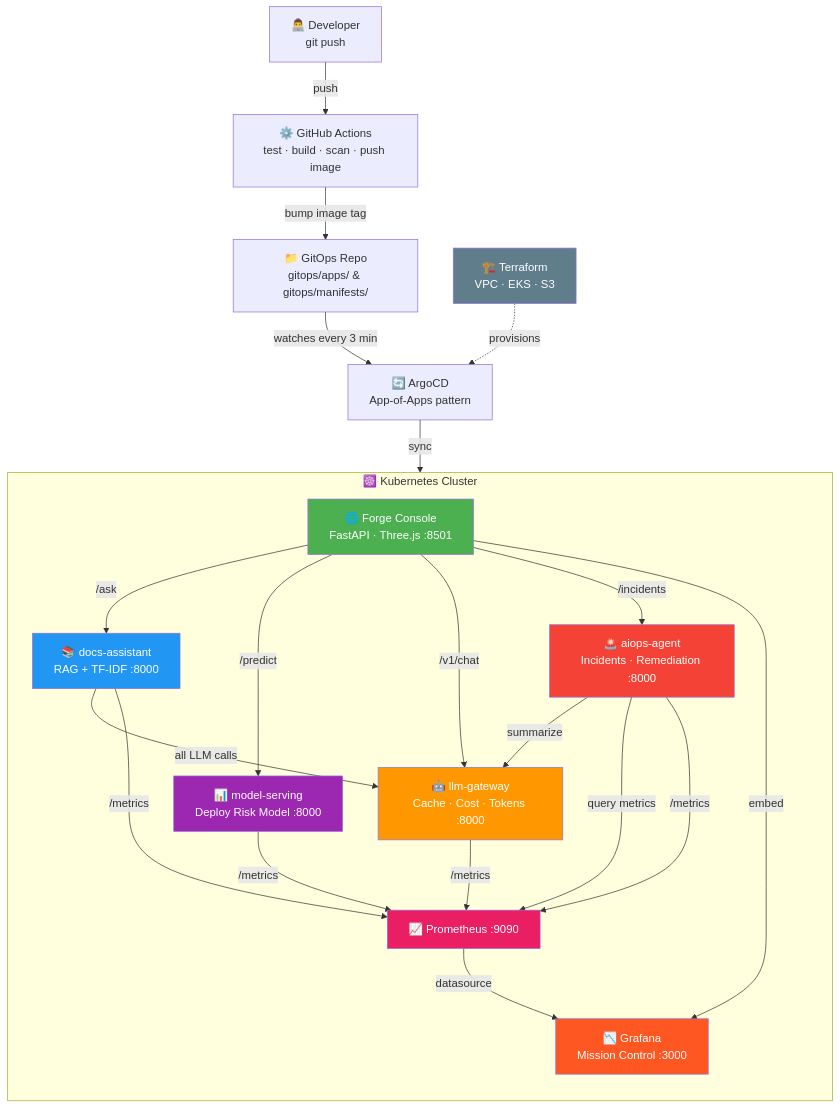
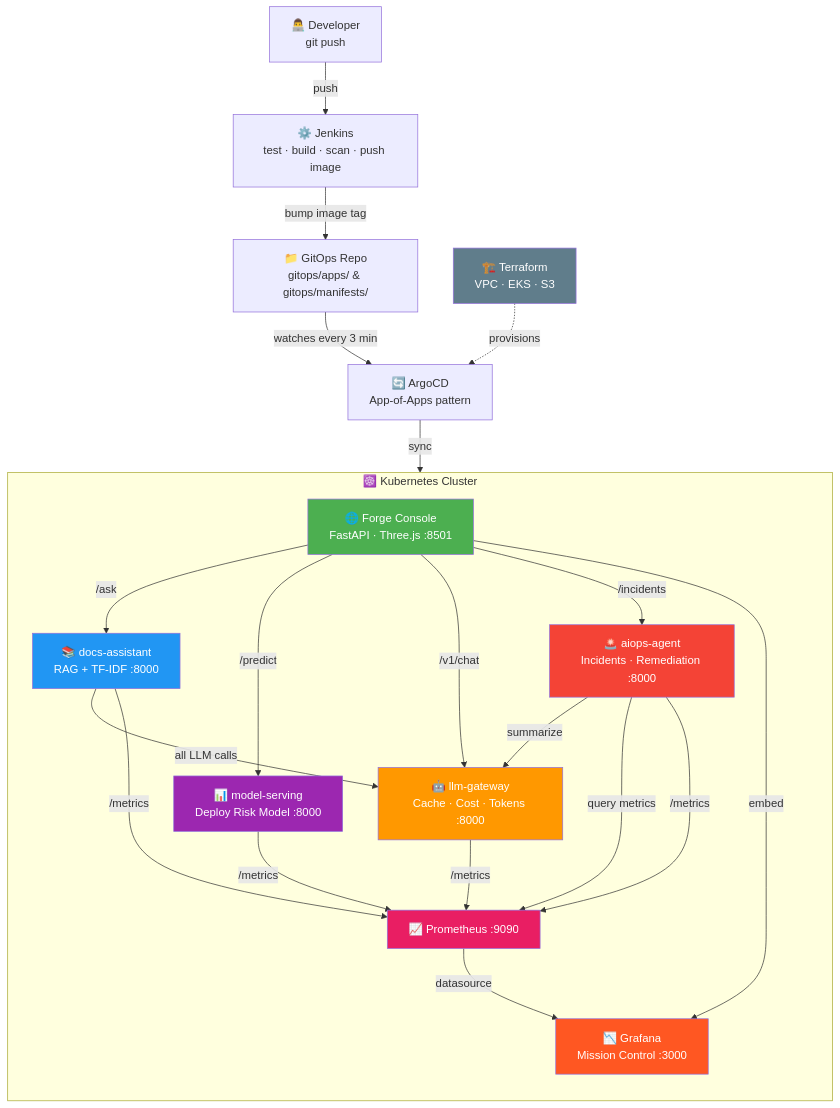
The diagram in README.md (Ayush-Singh986/AI-Powered-Internal-Developer-Platform), drawn with Mermaid before and after one commit. The commit also changed other lines of this file and 2 other files, not shown here.

Commit message:
ci: replace GitHub Actions with Jenkins pipeline

````diff
--- a/README.md
+++ b/README.md
@@ -73,45 +72,45 @@
 ```mermaid
 flowchart TD
     Dev["👨‍💻 Developer\ngit push"]
-    CI["⚙️ GitHub Actions\ntest · build · scan · push image"]
+    CI["⚙️ Jenkins\ntest · build · scan · push image"]
     Repo["📁 GitOps Repo\ngitops/apps/ & gitops/manifests/"]
     Argo["🔄 ArgoCD\nApp-of-Apps pattern"]
     TF["🏗️ Terraform\nVPC · EKS · S3"]
 
     Dev -->|push| CI
     CI -->|bump image tag| Repo
     Repo -->|watches every 3 min| Argo
     TF -.->|provisions| Argo
 
     subgraph K8s["☸️  Kubernetes Cluster"]
         direction TB
         Portal["🌐 Forge Console\nFastAPI · Three.js :8501"]
         Docs["📚 docs-assistant\nRAG + TF-IDF :8000"]
         Model["📊 model-serving\nDeploy Risk Model :8000"]
         LLM["🤖 llm-gateway\nCache · Cost · Tokens :8000"]
         AIOps["🚨 aiops-agent\nIncidents · Remediation :8000"]
         Prom["📈 Prometheus :9090"]
         Grafana["📉 Grafana\nMission Control :3000"]
     end
 
     Argo -->|sync| K8s
     Portal -->|/ask| Docs
     Portal -->|/predict| Model
     Portal -->|/v1/chat| LLM
     Portal -->|/incidents| AIOps
     Docs -->|all LLM calls| LLM
     AIOps -->|summarize| LLM
     AIOps -->|query metrics| Prom
     Docs & Model & LLM & AIOps -->|/metrics| Prom
     Prom -->|datasource| Grafana
     Portal -->|embed| Grafana
 
     style Portal fill:#4CAF50,color:#fff
     style Docs fill:#2196F3,color:#fff
     style Model fill:#9C27B0,color:#fff
     style LLM fill:#FF9800,color:#fff
     style AIOps fill:#F44336,color:#fff
     style Prom fill:#E91E63,color:#fff
     style Grafana fill:#FF5722,color:#fff
     style TF fill:#607D8B,color:#fff
 ```
````
